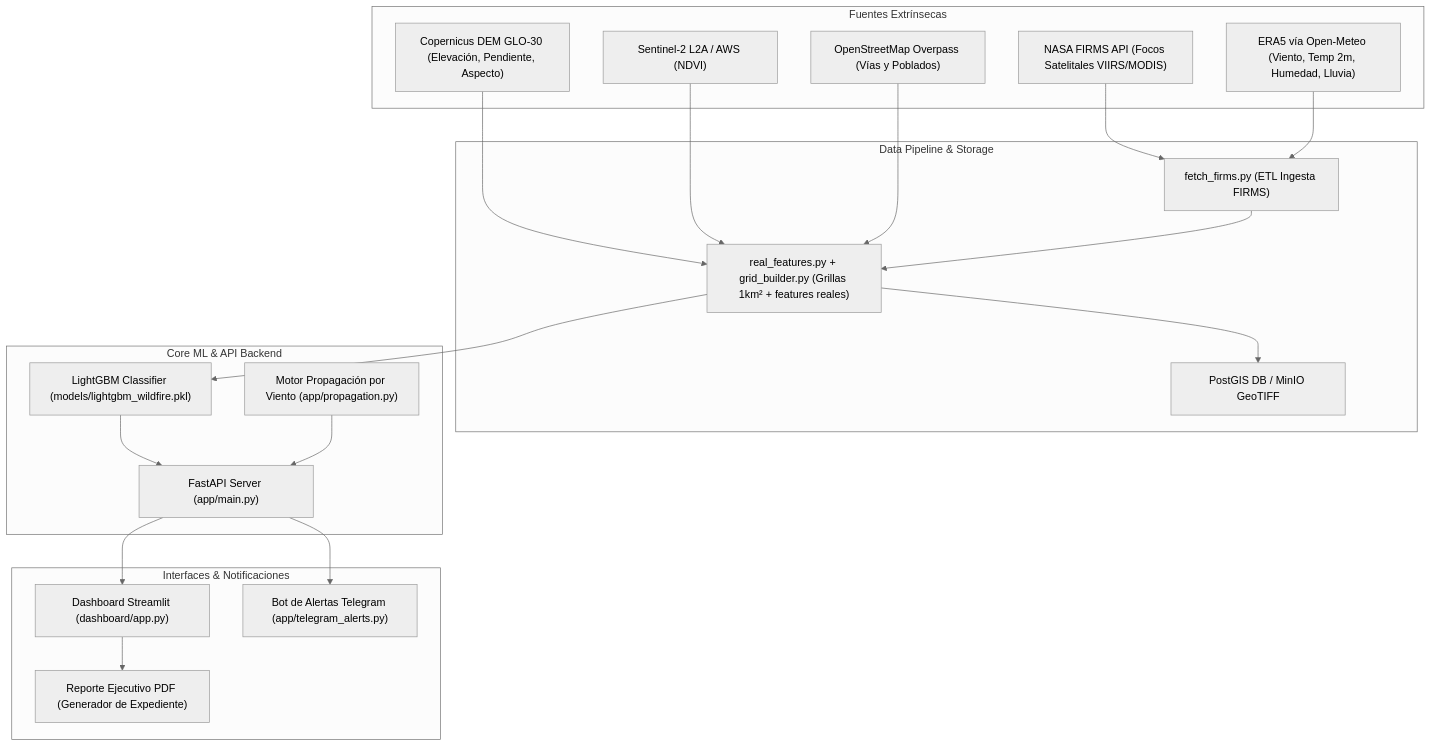
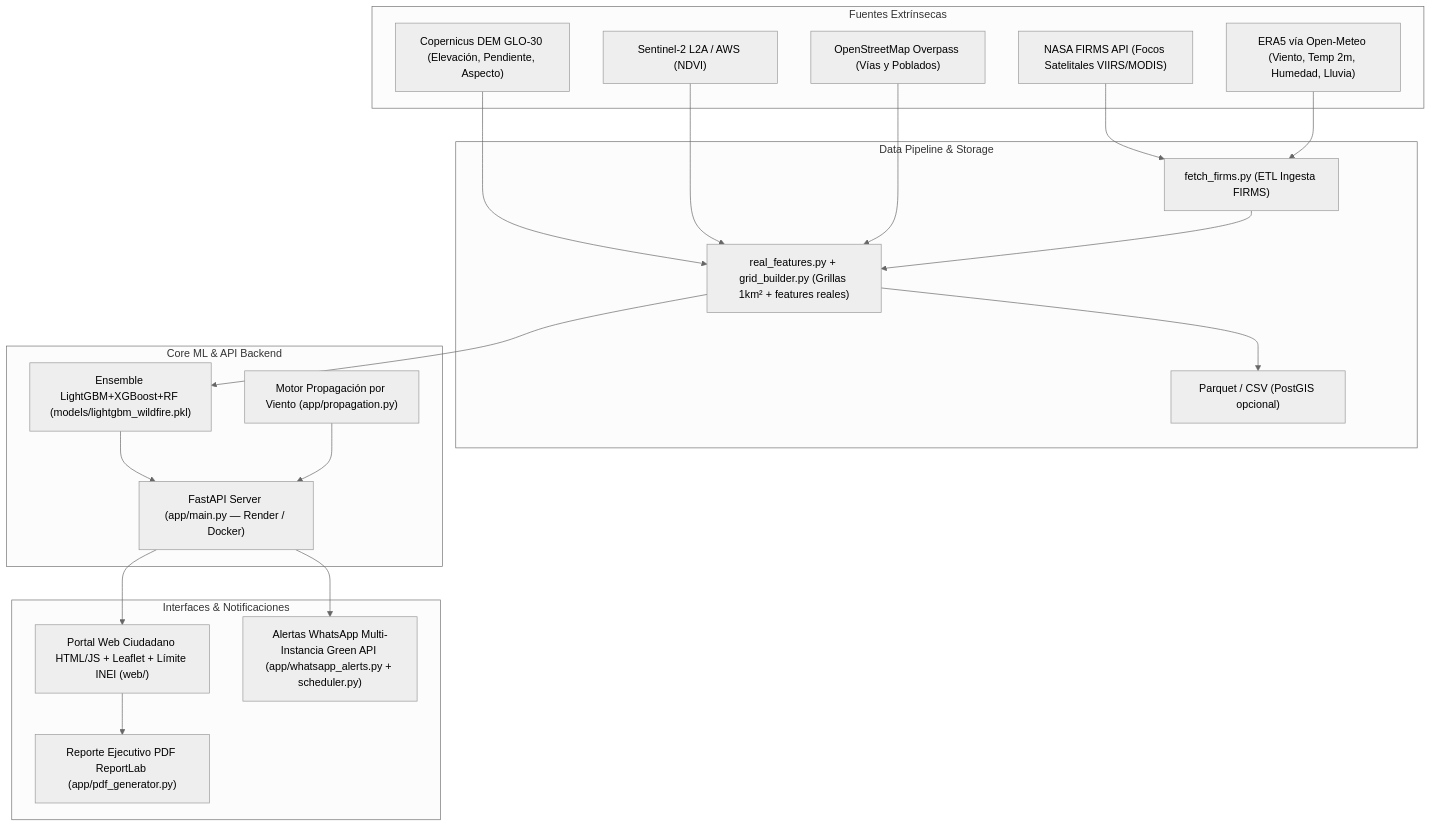
Before and after one commit to DanielMedina1727/SISTEMA-NACI-NAL-DE-ALERTA-TEMPRANA-DE-INCENDIOS-FORESTALES: the diagram in docs/Memoria_Tecnica_Capstone.md, drawn with Mermaid (neutral theme). The commit also changed other lines of this file and 12 other files, not shown here.

````diff
--- a/docs/Memoria_Tecnica_Capstone.md
+++ b/docs/Memoria_Tecnica_Capstone.md
@@ -25,42 +25,42 @@
 ```mermaid
 graph TD
     subgraph Fuentes Extrínsecas
         A1["NASA FIRMS API (Focos Satelitales VIIRS/MODIS)"]
         A2["ERA5 vía Open-Meteo (Viento, Temp 2m, Humedad, Lluvia)"]
         A3["Copernicus DEM GLO-30 (Elevación, Pendiente, Aspecto)"]
         A4["Sentinel-2 L2A / AWS (NDVI)"]
         A5["OpenStreetMap Overpass (Vías y Poblados)"]
     end
 
     subgraph Data Pipeline & Storage
         B1["fetch_firms.py (ETL Ingesta FIRMS)"]
         B2["real_features.py + grid_builder.py (Grillas 1km² + features reales)"]
-        B3["PostGIS DB / MinIO GeoTIFF"]
+        B3["Parquet / CSV (PostGIS opcional)"]
     end
 
     subgraph Core ML & API Backend
-        C1["LightGBM Classifier (models/lightgbm_wildfire.pkl)"]
-        C2["FastAPI Server (app/main.py)"]
+        C1["Ensemble LightGBM+XGBoost+RF (models/lightgbm_wildfire.pkl)"]
+        C2["FastAPI Server (app/main.py — Render / Docker)"]
         C3["Motor Propagación por Viento (app/propagation.py)"]
     end
 
     subgraph Interfaces & Notificaciones
-        D1["Dashboard Streamlit (dashboard/app.py)"]
-        D2["Bot de Alertas Telegram (app/telegram_alerts.py)"]
-        D3["Reporte Ejecutivo PDF (Generador de Expediente)"]
+        D1["Portal Web Ciudadano HTML/JS + Leaflet + Límite INEI (web/)"]
+        D2["Alertas WhatsApp Multi-Instancia Green API (app/whatsapp_alerts.py + scheduler.py)"]
+        D3["Reporte Ejecutivo PDF ReportLab (app/pdf_generator.py)"]
     end
 
     A1 --> B1
     A2 --> B1
     A3 --> B2
     A4 --> B2
     A5 --> B2
     B1 --> B2
     B2 --> B3
     B2 --> C1
     C1 --> C2
     C3 --> C2
     C2 --> D1
     C2 --> D2
     D1 --> D3
 ```
````
